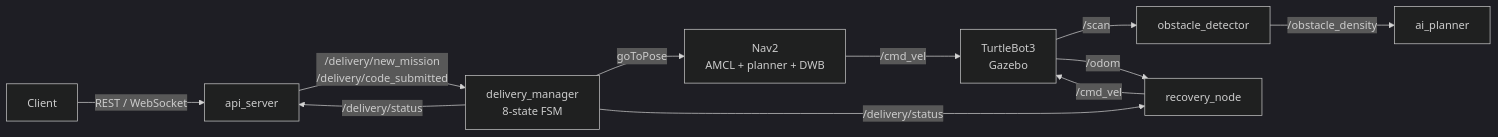
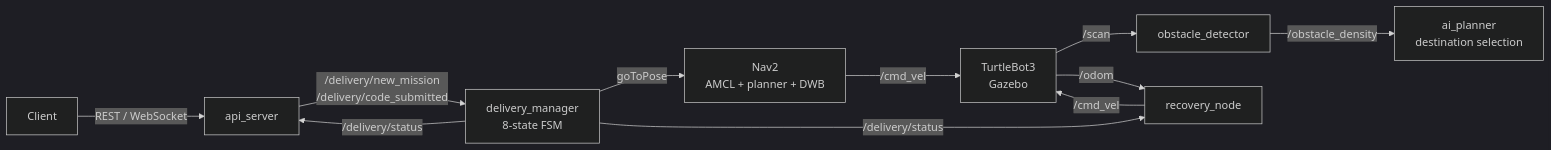
Before and after one commit to youri-nkouakep/PatrolBot: the first of 2 diagrams in README.md, drawn with Mermaid (dark theme). The commit also changed other lines of this file and 3 other files, not shown here.

Commit message:
README: role, destination selection naming and roadmap

````diff
--- a/README.md
+++ b/README.md
@@ -26,13 +26,13 @@
 ```mermaid
 flowchart LR
     U[Client] -- REST / WebSocket --> API[api_server]
     API -- /delivery/new_mission<br/>/delivery/code_submitted --> DM[delivery_manager<br/>8-state FSM]
     DM -- goToPose --> NAV[Nav2<br/>AMCL + planner + DWB]
     NAV -- /cmd_vel --> ROBOT[TurtleBot3<br/>Gazebo]
     ROBOT -- /scan --> PER[obstacle_detector]
-    PER -- /obstacle_density --> AI[ai_planner]
+    PER -- /obstacle_density --> AI[ai_planner<br/>destination selection]
     ROBOT -- /odom --> REC[recovery_node]
     DM -- /delivery/status --> REC
     DM -- /delivery/status --> API
     REC -- /cmd_vel --> ROBOT
 ```
````
